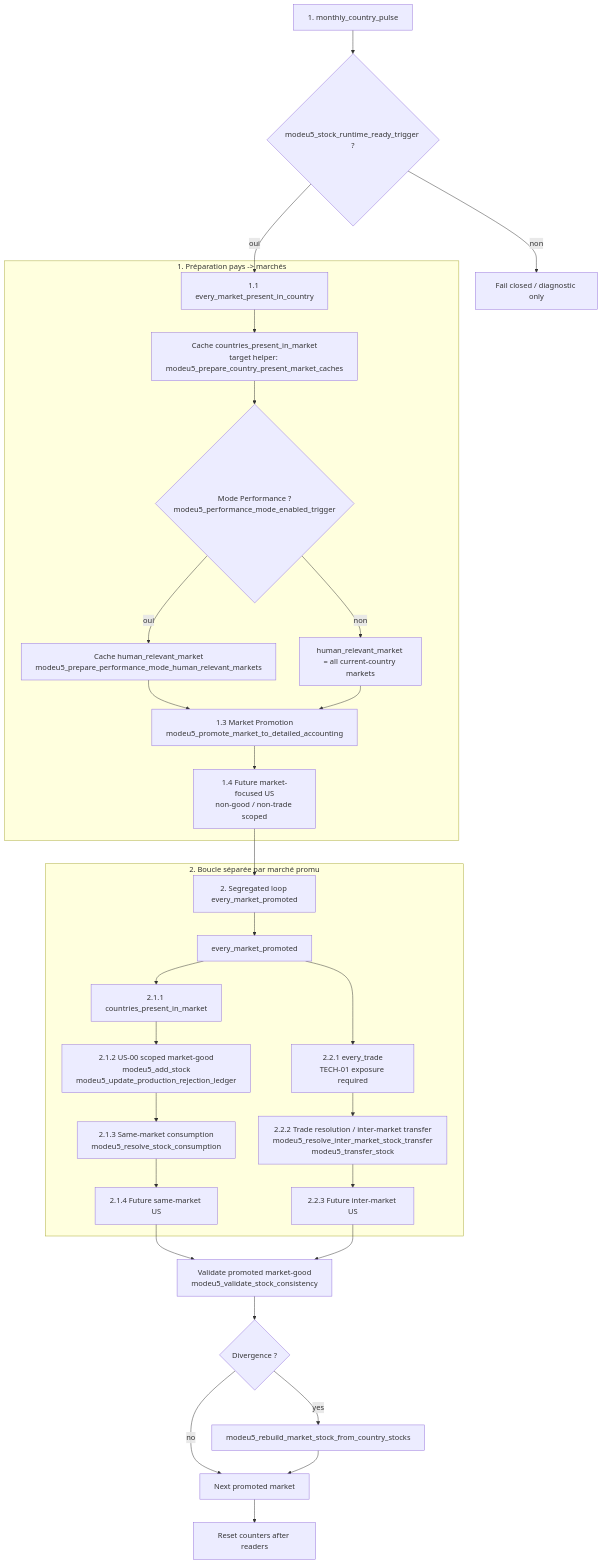
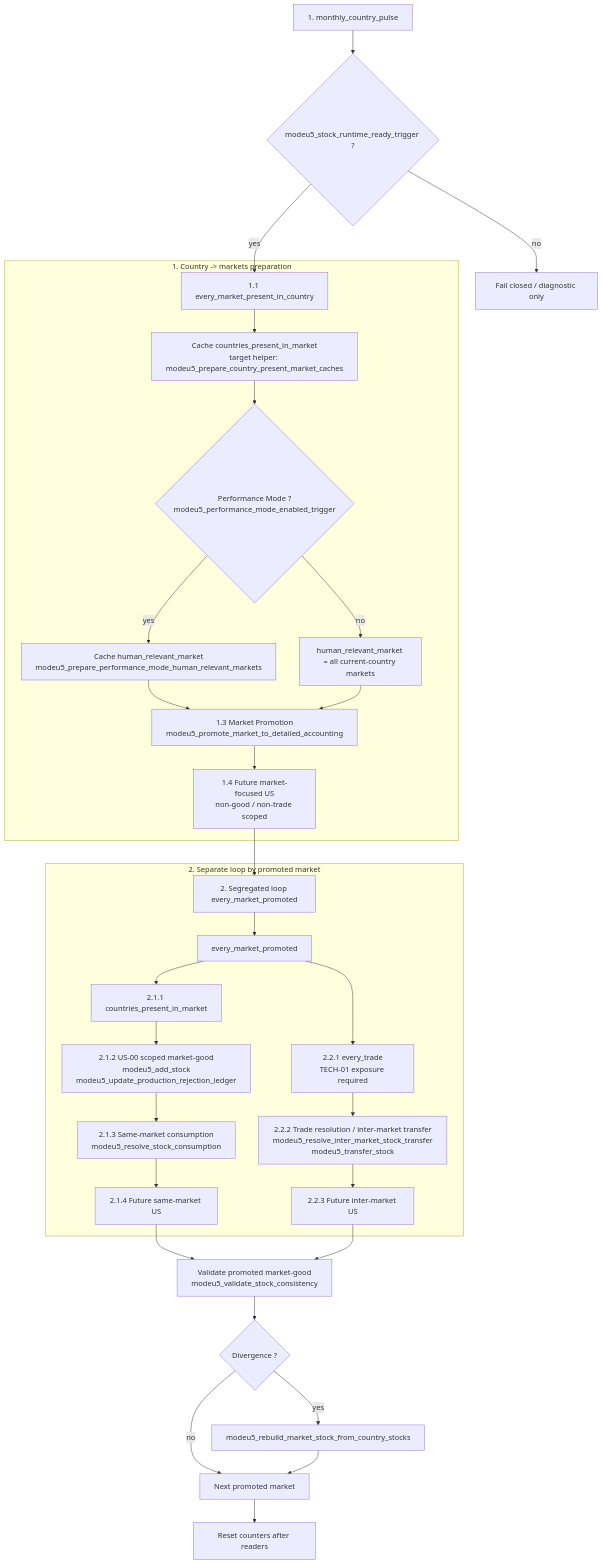
Before and after one commit to eu5mod/eu5-no-void-economy: the third of 4 diagrams in docs/audits/pr126/Q5_flux_logique_global.md, drawn with Mermaid. The commit also changed other lines of this file, not shown here.

````diff
--- a/docs/audits/pr126/Q5_flux_logique_global.md
+++ b/docs/audits/pr126/Q5_flux_logique_global.md
@@ -159,38 +159,38 @@
 ```mermaid
 flowchart TD
     A[1. monthly_country_pulse] --> B{modeu5_stock_runtime_ready_trigger ?}
-    B -->|non| Z[Fail closed / diagnostic only]
-    B -->|oui| C[1.1 every_market_present_in_country]
+    B -->|no| Z[Fail closed / diagnostic only]
+    B -->|yes| C[1.1 every_market_present_in_country]
 
-    subgraph PREP[1. Préparation pays -> marchés]
+    subgraph PREP[1. Country -> markets preparation]
         C --> C1[Cache countries_present_in_market<br/>target helper: modeu5_prepare_country_present_market_caches]
-        C1 --> C2{Mode Performance ?<br/>modeu5_performance_mode_enabled_trigger}
-        C2 -->|oui| C3[Cache human_relevant_market<br/>modeu5_prepare_performance_mode_human_relevant_markets]
-        C2 -->|non| C4[human_relevant_market = all current-country markets]
+        C1 --> C2{Performance Mode ?<br/>modeu5_performance_mode_enabled_trigger}
+        C2 -->|yes| C3[Cache human_relevant_market<br/>modeu5_prepare_performance_mode_human_relevant_markets]
+        C2 -->|no| C4[human_relevant_market = all current-country markets]
         C3 --> C5[1.3 Market Promotion<br/>modeu5_promote_market_to_detailed_accounting]
         C4 --> C5
         C5 --> C6[1.4 Future market-focused US<br/>non-good / non-trade scoped]
     end
 
     C6 --> D[2. Segregated loop every_market_promoted]
 
-    subgraph PROMOTED[2. Boucle séparée par marché promu]
+    subgraph PROMOTED[2. Separate loop by promoted market]
         D --> M[every_market_promoted]
         M --> M1[2.1.1 countries_present_in_market]
         M1 --> M2[2.1.2 US-00 scoped market-good<br/>modeu5_add_stock<br/>modeu5_update_production_rejection_ledger]
         M2 --> M3[2.1.3 Same-market consumption<br/>modeu5_resolve_stock_consumption]
         M3 --> M4[2.1.4 Future same-market US]
 
         M --> T1[2.2.1 every_trade<br/>TECH-01 exposure required]
         T1 --> T2[2.2.2 Trade resolution / inter-market transfer<br/>modeu5_resolve_inter_market_stock_transfer<br/>modeu5_transfer_stock]
         T2 --> T3[2.2.3 Future inter-market US]
     end
 
     M4 --> V[Validate promoted market-good<br/>modeu5_validate_stock_consistency]
     T3 --> V
     V --> R{Divergence ?}
     R -->|yes| RB[modeu5_rebuild_market_stock_from_country_stocks]
     R -->|no| N[Next promoted market]
     RB --> N
     N --> END[Reset counters after readers]
 ```
````
